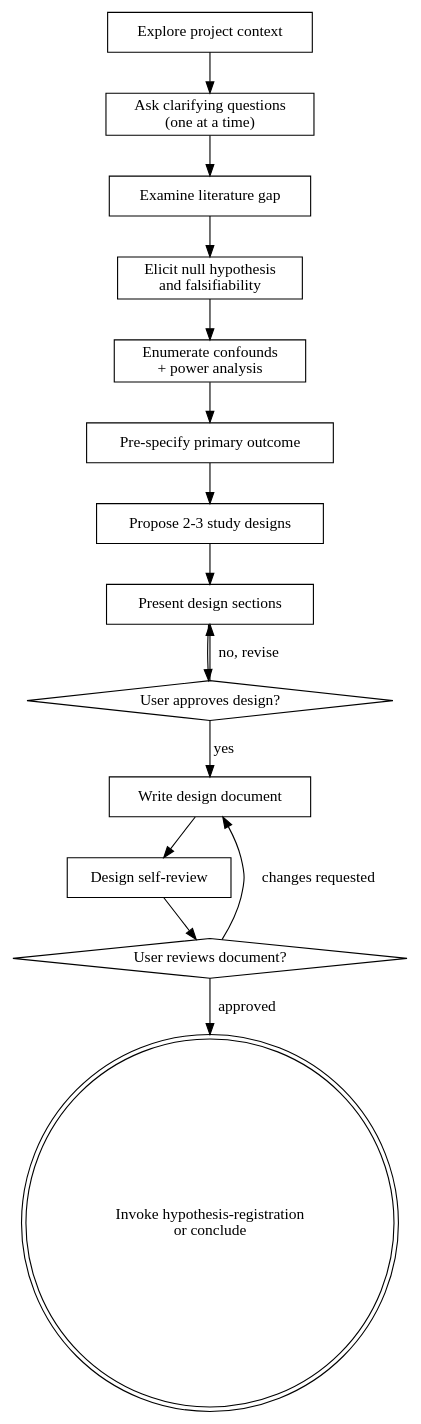
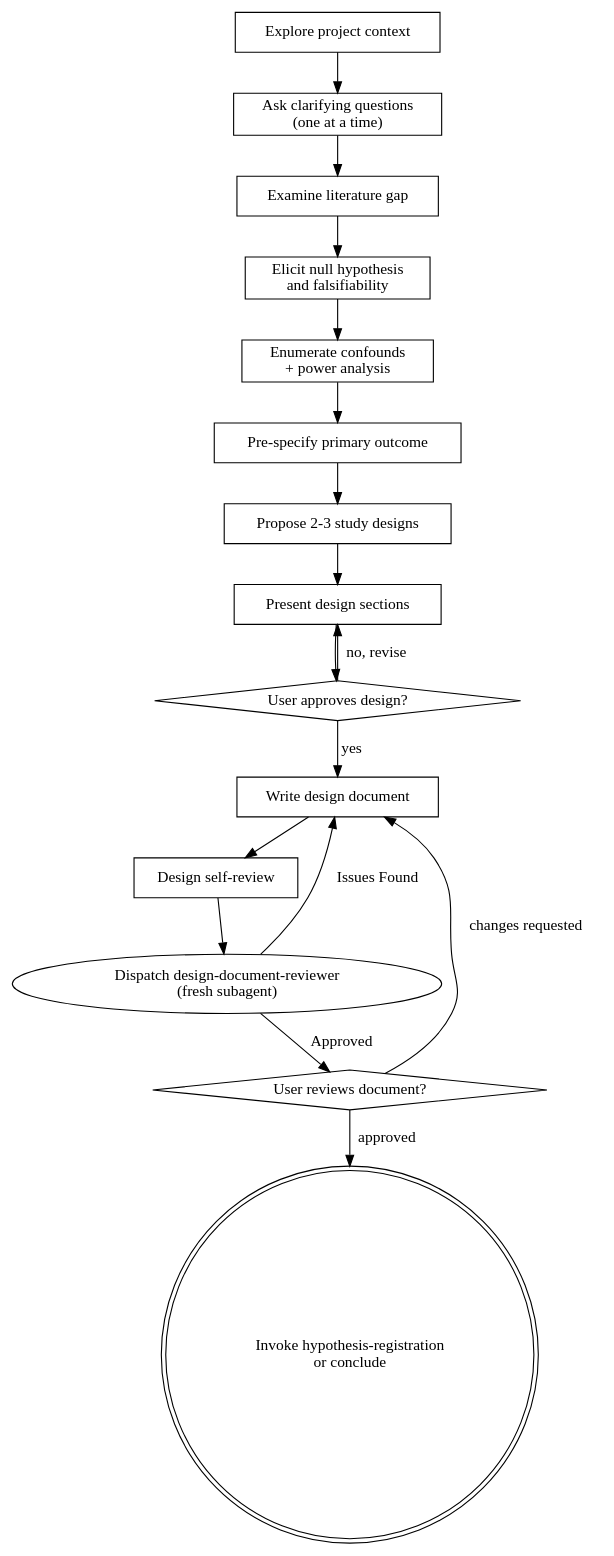
The diagram in skills/research-brainstorming/SKILL.md (jeonnoin-alt/Eureka), drawn with Graphviz before and after one commit. The commit also changed other lines of this file and 12 other files, not shown here.

First line of the commit message:
feat: v1.2.0 — add 3 subagent document reviewers

````diff
--- a/skills/research-brainstorming/SKILL.md
+++ b/skills/research-brainstorming/SKILL.md
@@ -41,32 +42,34 @@
 ```dot
 digraph research_brainstorming {
     "Explore project context" [shape=box];
     "Ask clarifying questions\n(one at a time)" [shape=box];
     "Examine literature gap" [shape=box];
     "Elicit null hypothesis\nand falsifiability" [shape=box];
     "Enumerate confounds\n+ power analysis" [shape=box];
     "Pre-specify primary outcome" [shape=box];
     "Propose 2-3 study designs" [shape=box];
     "Present design sections" [shape=box];
     "User approves design?" [shape=diamond];
     "Write design document" [shape=box];
     "Design self-review" [shape=box];
     "User reviews document?" [shape=diamond];
     "Invoke hypothesis-registration\nor conclude" [shape=doublecircle];
 
     "Explore project context" -> "Ask clarifying questions\n(one at a time)";
     "Ask clarifying questions\n(one at a time)" -> "Examine literature gap";
     "Examine literature gap" -> "Elicit null hypothesis\nand falsifiability";
     "Elicit null hypothesis\nand falsifiability" -> "Enumerate confounds\n+ power analysis";
     "Enumerate confounds\n+ power analysis" -> "Pre-specify primary outcome";
     "Pre-specify primary outcome" -> "Propose 2-3 study designs";
     "Propose 2-3 study designs" -> "Present design sections";
     "Present design sections" -> "User approves design?";
     "User approves design?" -> "Present design sections" [label="no, revise"];
     "User approves design?" -> "Write design document" [label="yes"];
     "Write design document" -> "Design self-review";
-    "Design self-review" -> "User reviews document?";
+    "Design self-review" -> "Dispatch design-document-reviewer\n(fresh subagent)" [shape=box];
+    "Dispatch design-document-reviewer\n(fresh subagent)" -> "Write design document" [label="Issues Found"];
+    "Dispatch design-document-reviewer\n(fresh subagent)" -> "User reviews document?" [label="Approved"];
     "User reviews document?" -> "Write design document" [label="changes requested"];
     "User reviews document?" -> "Invoke hypothesis-registration\nor conclude" [label="approved"];
 }
 ```
````
